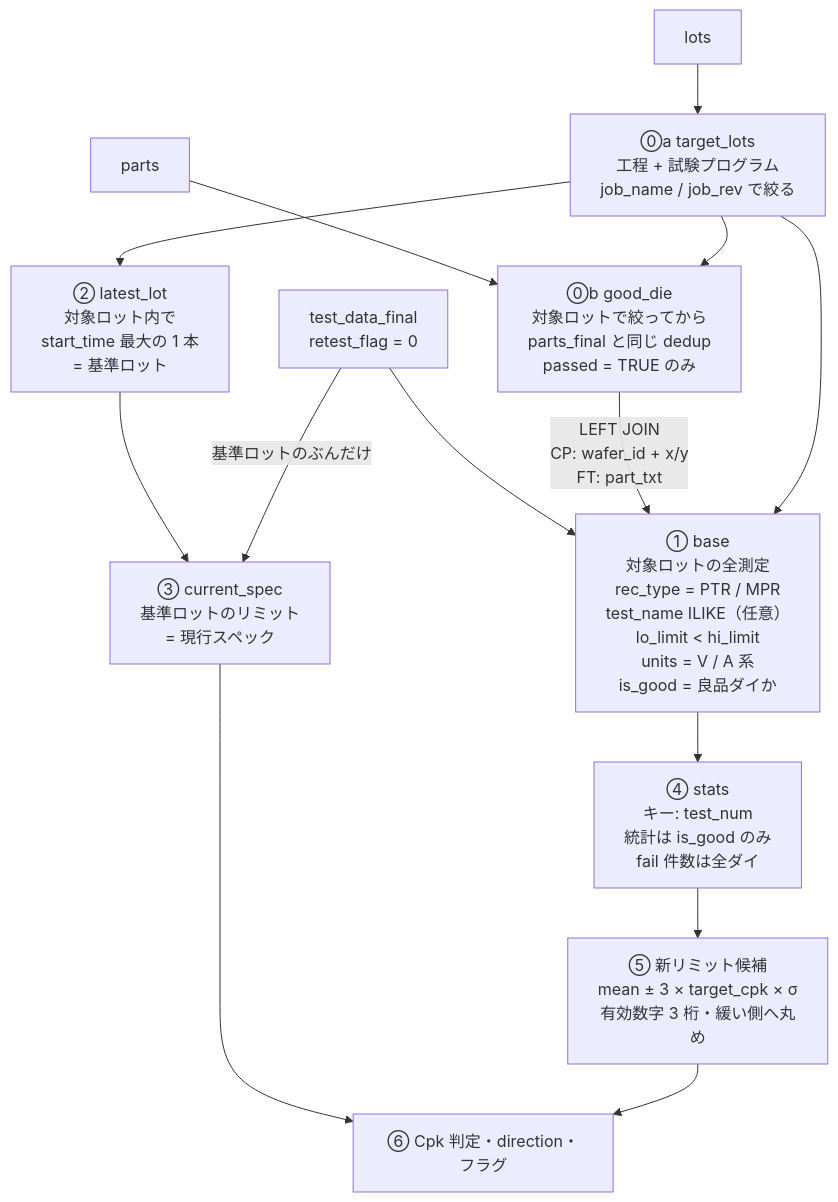
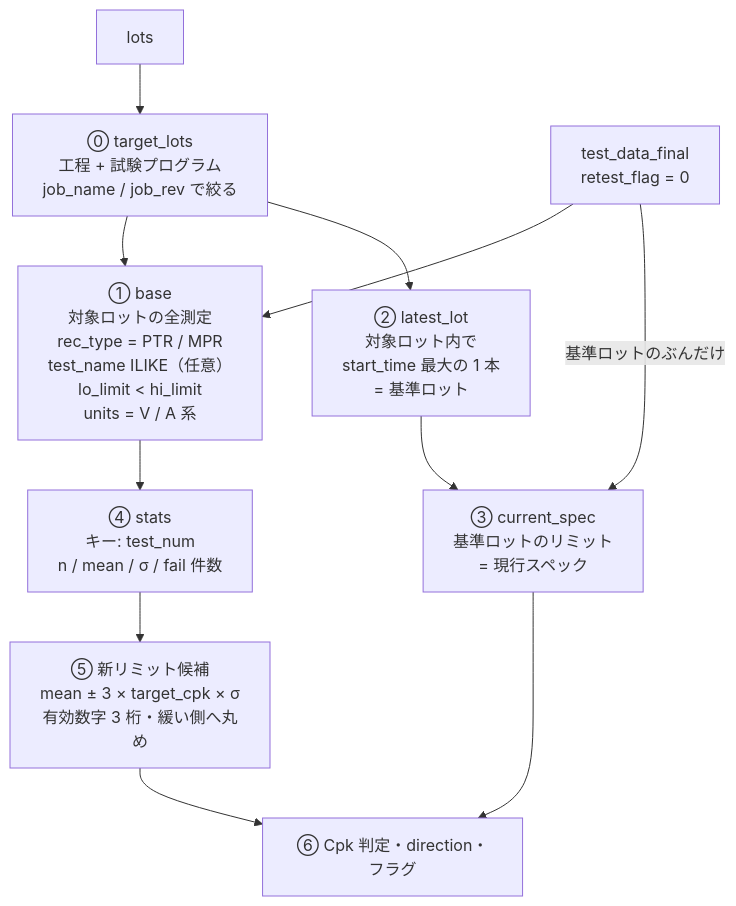
Before and after one commit to Kei0bb/STDF: the first of 2 diagrams in docs/sample_queries.md, drawn with Mermaid. The commit also changed other lines of this file, not shown here.

First line of the commit message:
refactor: sample query 8-2 / 8-3 から良品ダイ選別と test_nums を削除

````diff
--- a/docs/sample_queries.md
+++ b/docs/sample_queries.md
@@ -707,19 +707,16 @@
 ```mermaid
 flowchart TD
-    PA["parts"] --> GD["⓪b good_die<br/>対象ロットで絞ってから<br/>parts_final と同じ dedup<br/>passed = TRUE のみ"]
+    LO["lots"] --> TL["⓪ target_lots<br/>工程 + 試験プログラム<br/>job_name / job_rev で絞る"]
     TD["test_data_final<br/>retest_flag = 0"] --> BASE
-    GD -->|"LEFT JOIN<br/>CP: wafer_id + x/y<br/>FT: part_txt"| BASE
-    BASE["① base<br/>対象ロットの全測定<br/>rec_type = PTR / MPR<br/>test_name ILIKE（任意）<br/>lo_limit &lt; hi_limit<br/>units = V / A 系<br/>is_good = 良品ダイか"]
+    TL --> BASE
+    BASE["① base<br/>対象ロットの全測定<br/>rec_type = PTR / MPR<br/>test_name ILIKE（任意）<br/>lo_limit &lt; hi_limit<br/>units = V / A 系"]
 
-    LO["lots"] --> TL["⓪a target_lots<br/>工程 + 試験プログラム<br/>job_name / job_rev で絞る"]
-    TL --> GD
-    TL --> BASE
     TL --> LL["② latest_lot<br/>対象ロット内で<br/>start_time 最大の 1 本<br/>= 基準ロット"]
     LL --> CS["③ current_spec<br/>基準ロットのリミット<br/>= 現行スペック"]
     TD -->|"基準ロットのぶんだけ"| CS
 
-    BASE --> ST["④ stats<br/>キー: test_num<br/>統計は is_good のみ<br/>fail 件数は全ダイ"]
+    BASE --> ST["④ stats<br/>キー: test_num<br/>n / mean / σ / fail 件数"]
     ST --> CAND["⑤ 新リミット候補<br/>mean ± 3 × target_cpk × σ<br/>有効数字 3 桁・緩い側へ丸め"]
     CS --> JUDGE["⑥ Cpk 判定・direction・フラグ"]
     CAND --> JUDGE
 ```
````
